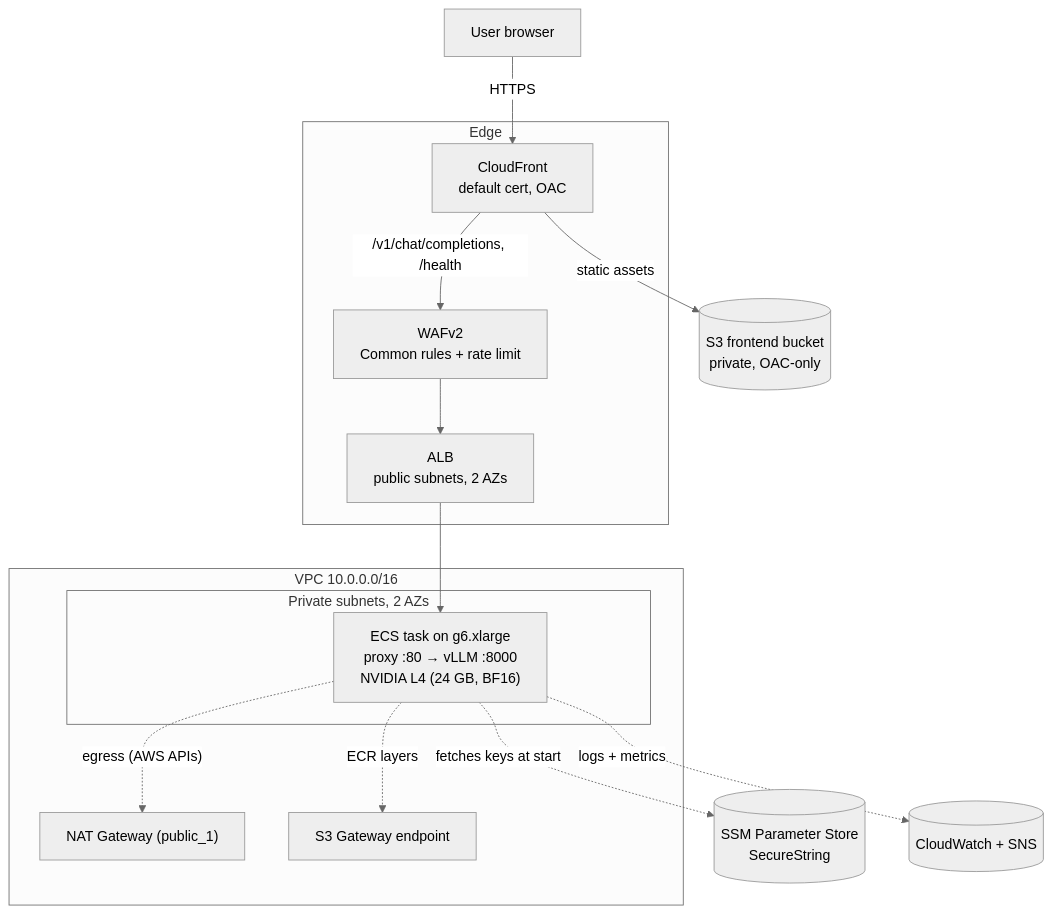
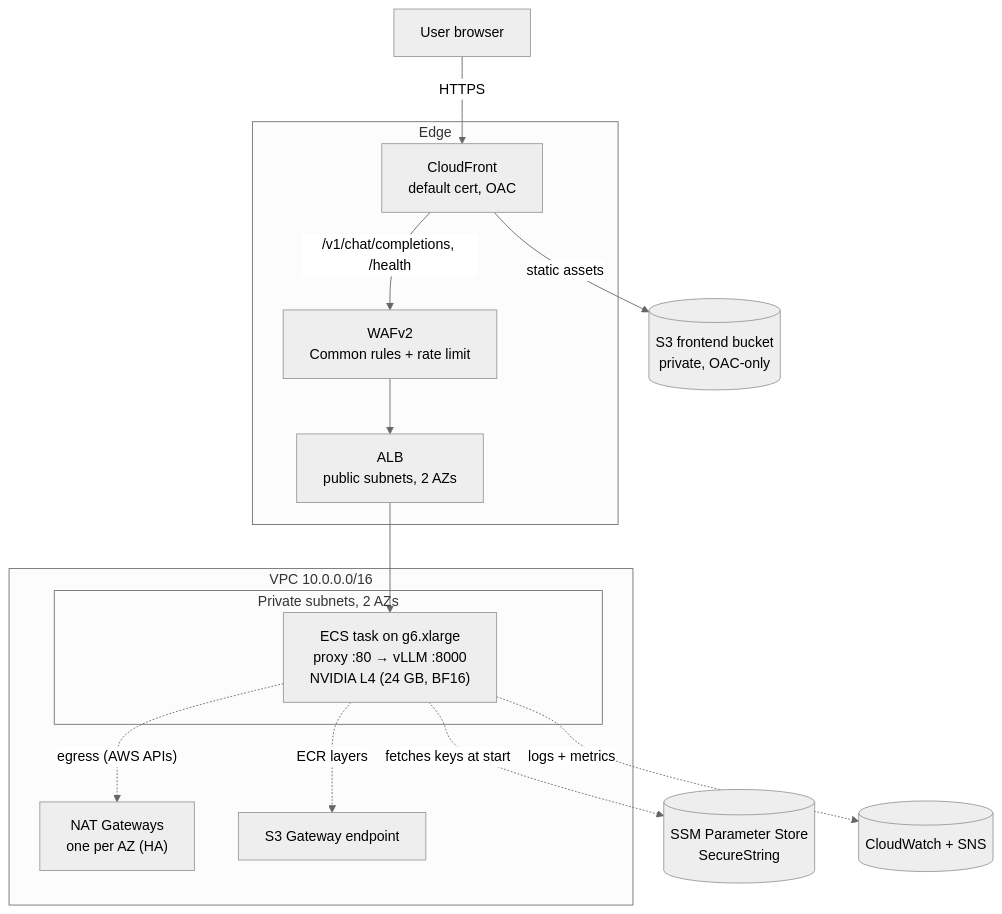
One commit to dinosmuc/llm-cloud-deployment changed the diagram in README.md. Above: the diagram before and after it, drawn with Mermaid (neutral theme). The commit also changed other lines of this file and 3 other files, not shown here.

Commit message:
Add HA NAT gateways per AZ and update README

````diff
--- a/README.md
+++ b/README.md
@@ -13,30 +13,30 @@
 ```mermaid
 flowchart TB
     user["User browser"]
 
     subgraph edge["Edge"]
         cf["CloudFront<br/>default cert, OAC"]
         waf["WAFv2<br/>Common rules + rate limit"]
         alb["ALB<br/>public subnets, 2 AZs"]
     end
 
     subgraph vpc["VPC 10.0.0.0/16"]
         subgraph priv["Private subnets, 2 AZs"]
             task["ECS task on g6.xlarge<br/>proxy :80 → vLLM :8000<br/>NVIDIA L4 (24 GB, BF16)"]
         end
-        nat["NAT Gateway (public_1)"]
+        nat["NAT Gateways<br/>one per AZ (HA)"]
         s3gw["S3 Gateway endpoint"]
     end
 
     s3[("S3 frontend bucket<br/>private, OAC-only")]
     ssm[("SSM Parameter Store<br/>SecureString")]
     cwsns[("CloudWatch + SNS")]
 
     user -->|HTTPS| cf
     cf -->|static assets| s3
     cf -->|"/v1/chat/completions, /health"| waf --> alb --> task
     task -.->|"egress (AWS APIs)"| nat
     task -.->|"ECR layers"| s3gw
     task -.->|"fetches keys at start"| ssm
     task -.->|"logs + metrics"| cwsns
 ```
````
